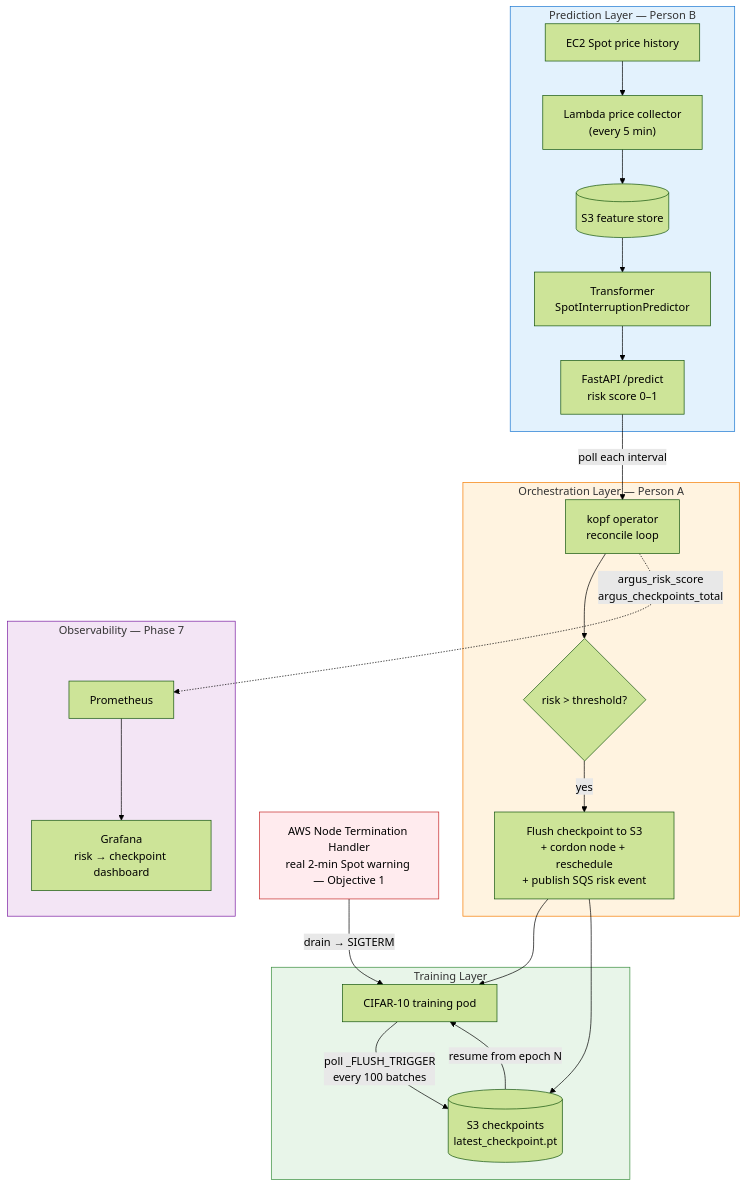
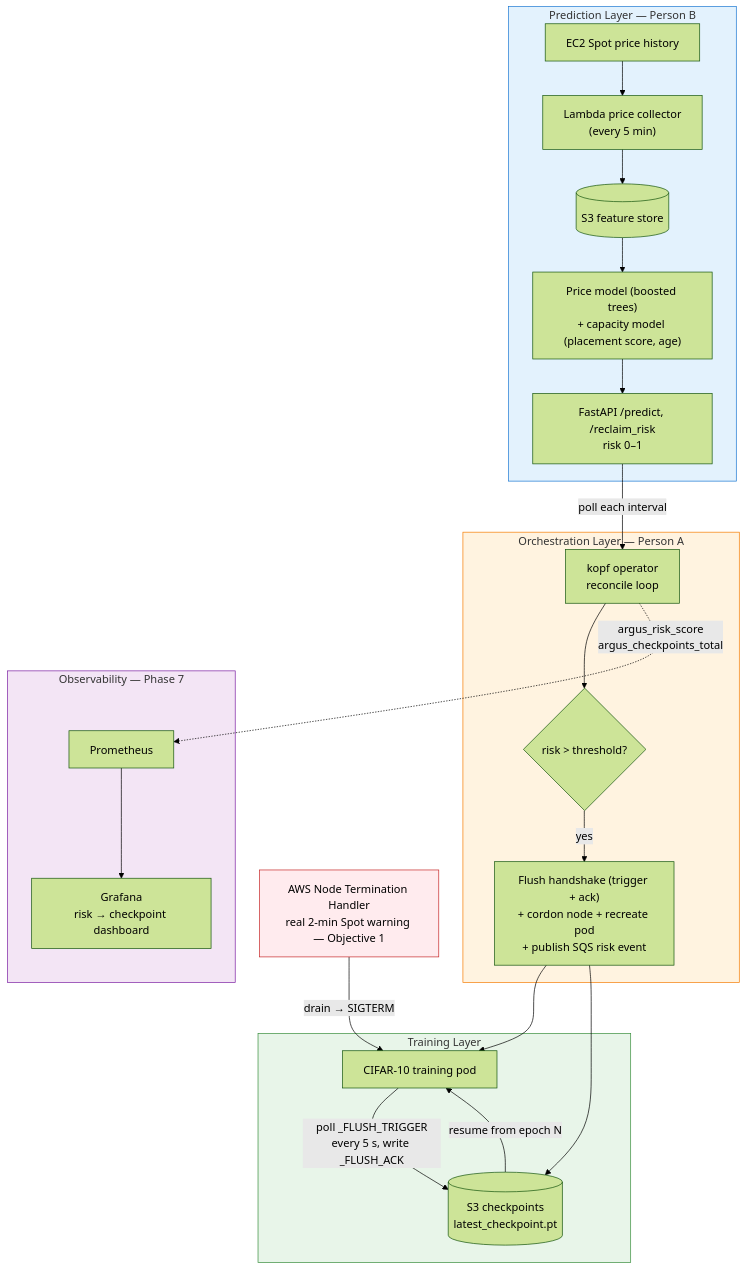
Before and after one commit to Angshuman1211/Argus-Spot_Resilient_ML_Training_Orchestrator: the diagram in README.md, drawn with Mermaid (forest theme). The commit also changed other lines of this file, not shown here.

Commit message:
readme: v2 status, real-reclaim results, capacity signal, account setting

````diff
--- a/README.md
+++ b/README.md
@@ -19,39 +19,39 @@
 ```mermaid
 flowchart TB
     subgraph L1["Prediction Layer &mdash; Person B"]
         SP["EC2 Spot price history"] --> LAM["Lambda price collector<br/>(every 5 min)"]
         LAM --> FS[("S3 feature store")]
-        FS --> TF["Transformer<br/>SpotInterruptionPredictor"]
-        TF --> API["FastAPI /predict<br/>risk score 0&ndash;1"]
+        FS --> TF["Price model (boosted trees)<br/>+ capacity model (placement score, age)"]
+        TF --> API["FastAPI /predict, /reclaim_risk<br/>risk 0&ndash;1"]
     end
 
     subgraph L2["Orchestration Layer &mdash; Person A"]
         OP["kopf operator<br/>reconcile loop"]
         DEC{"risk &gt; threshold?"}
         OP --> DEC
-        DEC -->|"yes"| ACT["Flush checkpoint to S3<br/>+ cordon node + reschedule<br/>+ publish SQS risk event"]
+        DEC -->|"yes"| ACT["Flush handshake (trigger + ack)<br/>+ cordon node + recreate pod<br/>+ publish SQS risk event"]
     end
 
     subgraph L3["Training Layer"]
         POD["CIFAR-10 training pod"]
         CKPT[("S3 checkpoints<br/>latest_checkpoint.pt")]
-        POD -->|"poll _FLUSH_TRIGGER<br/>every 100 batches"| CKPT
+        POD -->|"poll _FLUSH_TRIGGER<br/>every 5 s, write _FLUSH_ACK"| CKPT
         CKPT -->|"resume from epoch N"| POD
     end
 
     subgraph OBS["Observability &mdash; Phase 7"]
         PROM["Prometheus"] --> GRAF["Grafana<br/>risk &rarr; checkpoint dashboard"]
     end
 
     API -->|"poll each interval"| OP
     ACT --> POD
     ACT --> CKPT
     NTH["AWS Node Termination Handler<br/>real 2-min Spot warning &mdash; Objective 1"] -->|"drain &rarr; SIGTERM"| POD
     OP -.->|"argus_risk_score<br/>argus_checkpoints_total"| PROM
 
     style L1 fill:#e3f2fd,stroke:#1976d2
     style L2 fill:#fff3e0,stroke:#f57c00
     style L3 fill:#e8f5e9,stroke:#388e3c
     style OBS fill:#f3e5f5,stroke:#7b1fa2
     style NTH fill:#ffebee,stroke:#c62828
 ```
````
